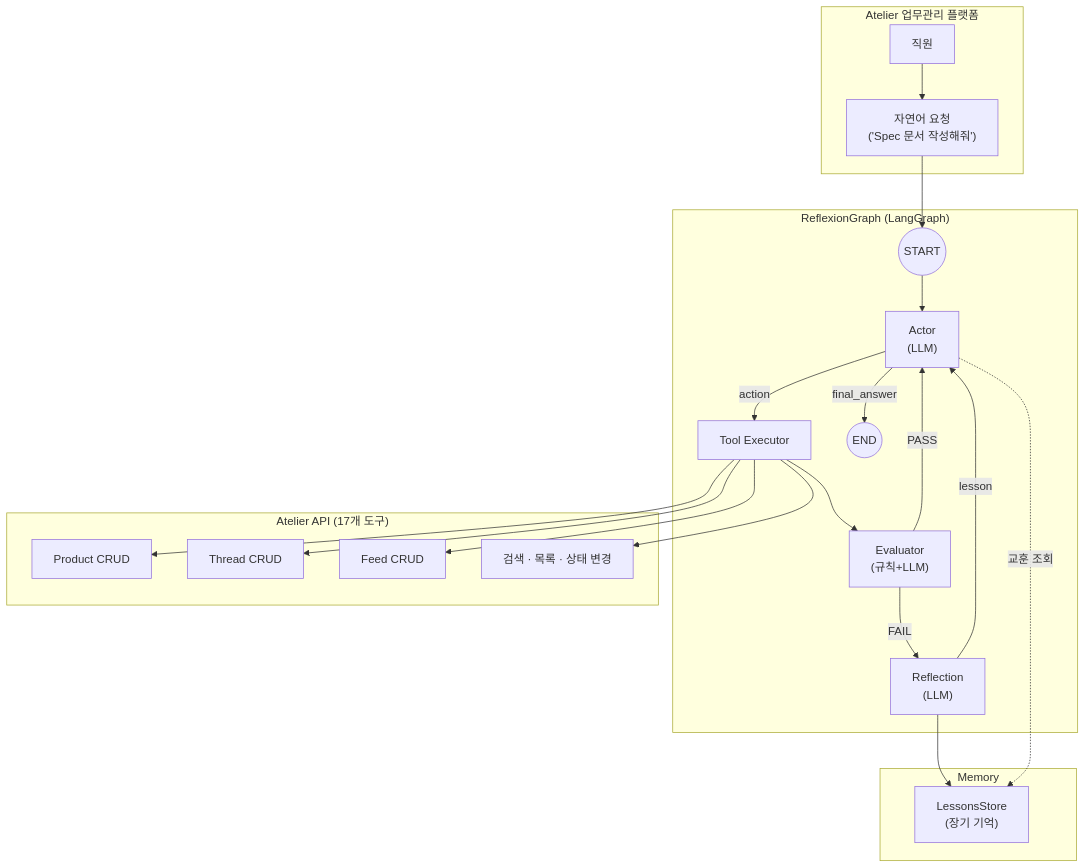
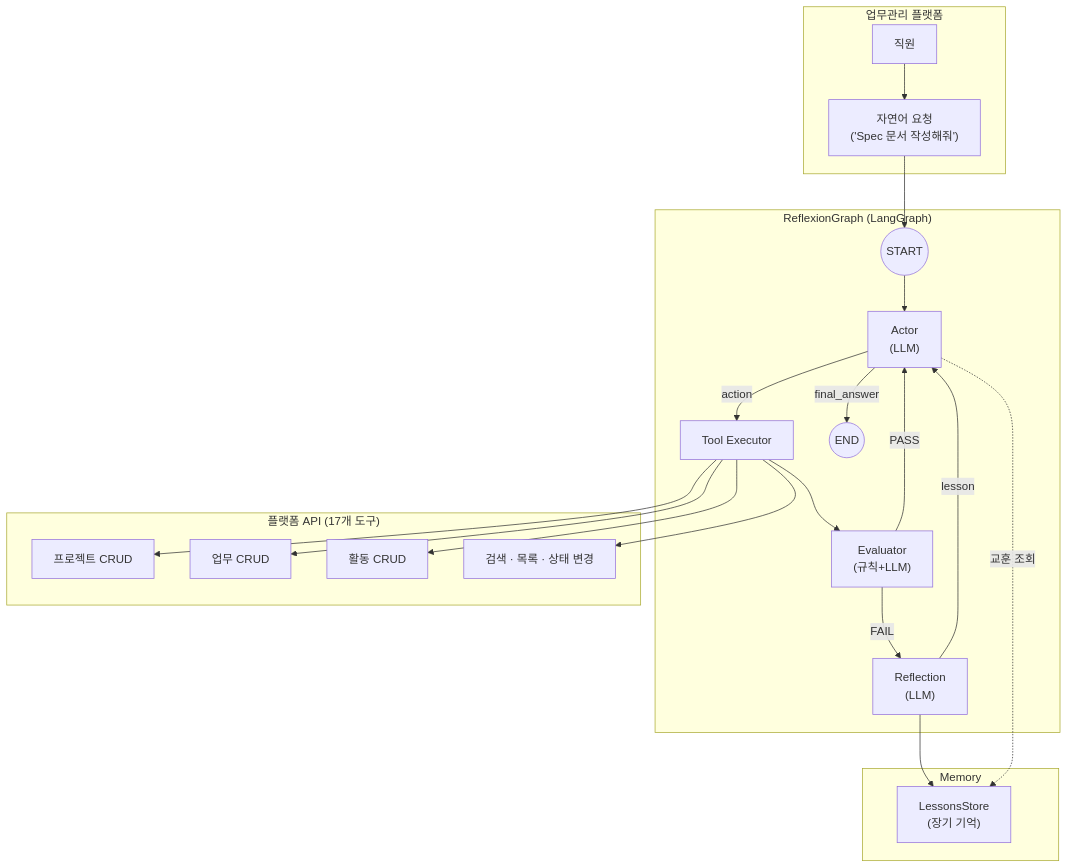
The first of 6 diagrams in README.md (SJayKim/SJayKim), drawn with Mermaid before and after one commit. The commit also changed other lines of this file and 2 other files, not shown here.

First line of the commit message:
포트폴리오 전면 업데이트: 프로젝트 순서 재배치, 신규 프로젝트 추가, UI 이미지 추가

````diff
--- a/README.md
+++ b/README.md
@@ -303,44 +65,44 @@
 ```mermaid
 flowchart TB
-    subgraph Platform["Atelier 업무관리 플랫폼"]
+    subgraph Platform["업무관리 플랫폼"]
         User["직원"]
         Request["자연어 요청<br/>('Spec 문서 작성해줘')"]
         User --> Request
     end
 
     subgraph ReflexionGraph["ReflexionGraph (LangGraph)"]
         START((START))
         Actor["Actor<br/>(LLM)"]
         ToolExec["Tool Executor"]
         Evaluator["Evaluator<br/>(규칙+LLM)"]
         Reflection["Reflection<br/>(LLM)"]
         END_NODE((END))
-        
+
         START --> Actor
         Actor -->|"action"| ToolExec
         Actor -->|"final_answer"| END_NODE
         ToolExec --> Evaluator
         Evaluator -->|"PASS"| Actor
         Evaluator -->|"FAIL"| Reflection
         Reflection -->|"lesson"| Actor
     end
 
     subgraph Memory["Memory"]
         LongTerm["LessonsStore<br/>(장기 기억)"]
     end
 
-    subgraph Resources["Atelier API (17개 도구)"]
-        ProductAPI["Product CRUD"]
-        ThreadAPI["Thread CRUD"]
-        FeedAPI["Feed CRUD"]
+    subgraph Resources["플랫폼 API (17개 도구)"]
+        ProjectAPI["프로젝트 CRUD"]
+        TaskAPI["업무 CRUD"]
+        ActivityAPI["활동 CRUD"]
         Utility["검색 · 목록 · 상태 변경"]
     end
 
     Request --> START
-    ToolExec --> ProductAPI
-    ToolExec --> ThreadAPI
-    ToolExec --> FeedAPI
+    ToolExec --> ProjectAPI
+    ToolExec --> TaskAPI
+    ToolExec --> ActivityAPI
     ToolExec --> Utility
     Reflection --> LongTerm
     Actor -.->|"교훈 조회"| LongTerm
 ```
````
